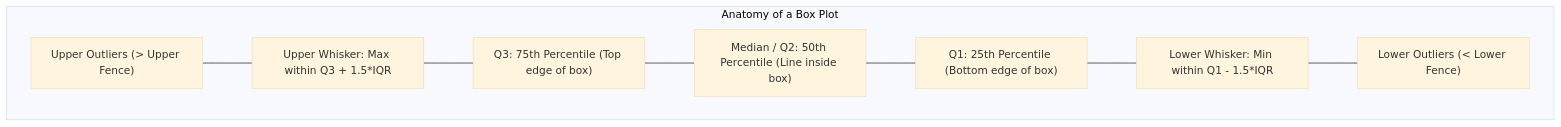
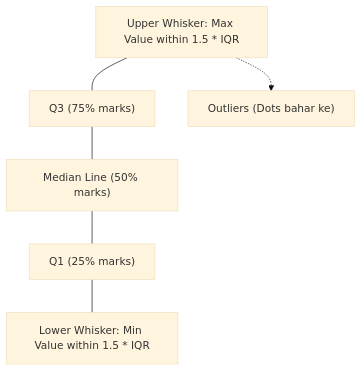
Before and after one commit to S1h2i3v4a/AI_ML: the diagram in lecture_19/Notes_19.04/README_HINGLISH.md, drawn with Mermaid (base theme). The commit also changed other lines of this file and 203 other files, not shown here.

Commit message:
docs(lectures 19-21): align notes with video lectures, add blackboard diagrams, clean structured functions, and compile vector PDFs

````diff
--- a/lecture_19/Notes_19.04/README_HINGLISH.md
+++ b/lecture_19/Notes_19.04/README_HINGLISH.md
@@ -28,13 +39,15 @@
 ```mermaid
 flowchart TD
-    subgraph BoxPlotAnatomy["Anatomy of a Box Plot"]
-        A["Upper Outliers (> Upper Fence)"]
-        B["Upper Whisker: Max within Q3 + 1.5*IQR"]
-        C["Q3: 75th Percentile (Top edge of box)"]
-        D["Median / Q2: 50th Percentile (Line inside box)"]
-        E["Q1: 25th Percentile (Bottom edge of box)"]
-        F["Lower Whisker: Min within Q1 - 1.5*IQR"]
-        G["Lower Outliers (< Lower Fence)"]
-    end
-    A --- B --- C --- D --- E --- F --- G
+    A["Upper Whisker: Max Value within 1.5 * IQR"]
+    B["Q3 (75% marks)"]
+    C["Median Line (50% marks)"]
+    D["Q1 (25% marks)"]
+    E["Lower Whisker: Min Value within 1.5 * IQR"]
+    F["Outliers (Dots bahar ke)"]
+    
+    A --- B
+    B --- C
+    C --- D
+    D --- E
+    A -.-> F
 ```
````
